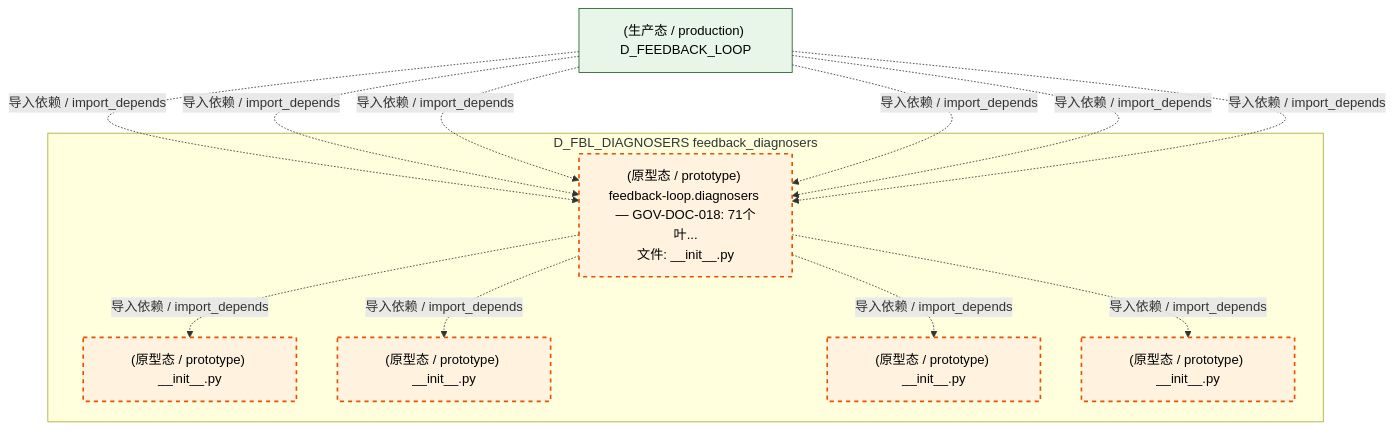
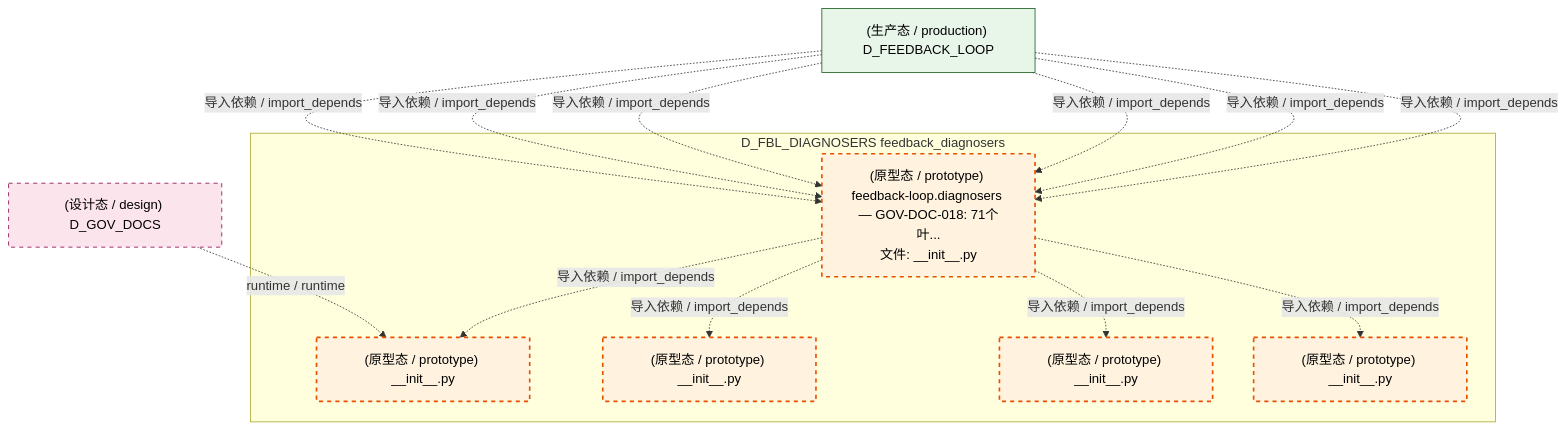
One commit to xuanFelixVan/ZephyrAlpha changed the fifth of 6 diagrams in docs/02_enterprise_architecture/02_domain_architecture_docs/12_d_fbl_diagnosers.md. Above: the diagram before and after it, drawn with Mermaid. The commit also changed other lines of this file and 81 other files, not shown here.

````diff
--- a/docs/02_enterprise_architecture/02_domain_architecture_docs/12_d_fbl_diagnosers.md
+++ b/docs/02_enterprise_architecture/02_domain_architecture_docs/12_d_fbl_diagnosers.md
@@ -371,27 +374,30 @@
 ```mermaid
 graph TD
     subgraph D_FBL_DIAGNOSERS["D_FBL_DIAGNOSERS feedback_diagnosers"]
         src_zephyr_feedback_loop_diagnosers_init_py["(原型态 / prototype) feedback-loop.diagnosers — GOV-DOC-018: 71个叶...<br/>文件: __init__.py"]
         src_zephyr_feedback_loop_diagnosers_cognitive_init_py["(原型态 / prototype) __init__.py"]
         src_zephyr_feedback_loop_diagnosers_diagnosis_init_py["(原型态 / prototype) __init__.py"]
         src_zephyr_feedback_loop_diagnosers_health_init_py["(原型态 / prototype) __init__.py"]
         src_zephyr_feedback_loop_diagnosers_reliability_init_py["(原型态 / prototype) __init__.py"]
     end
     src_zephyr_feedback_loop_diagnosers_init_py -.->|导入依赖 / import_depends| src_zephyr_feedback_loop_diagnosers_cognitive_init_py
     src_zephyr_feedback_loop_diagnosers_init_py -.->|导入依赖 / import_depends| src_zephyr_feedback_loop_diagnosers_diagnosis_init_py
     src_zephyr_feedback_loop_diagnosers_init_py -.->|导入依赖 / import_depends| src_zephyr_feedback_loop_diagnosers_health_init_py
     src_zephyr_feedback_loop_diagnosers_init_py -.->|导入依赖 / import_depends| src_zephyr_feedback_loop_diagnosers_reliability_init_py
+    D_GOV_DOCS["(设计态 / design) D_GOV_DOCS"]
+    D_GOV_DOCS -.->|runtime / runtime| src_zephyr_feedback_loop_diagnosers_cognitive_init_py
     D_FEEDBACK_LOOP["(生产态 / production) D_FEEDBACK_LOOP"]
     D_FEEDBACK_LOOP -.->|导入依赖 / import_depends| src_zephyr_feedback_loop_diagnosers_init_py
     D_FEEDBACK_LOOP -.->|导入依赖 / import_depends| src_zephyr_feedback_loop_diagnosers_init_py
     D_FEEDBACK_LOOP -.->|导入依赖 / import_depends| src_zephyr_feedback_loop_diagnosers_init_py
     D_FEEDBACK_LOOP -.->|导入依赖 / import_depends| src_zephyr_feedback_loop_diagnosers_init_py
     D_FEEDBACK_LOOP -.->|导入依赖 / import_depends| src_zephyr_feedback_loop_diagnosers_init_py
     D_FEEDBACK_LOOP -.->|导入依赖 / import_depends| src_zephyr_feedback_loop_diagnosers_init_py
     classDef production fill:#e1f5fe,stroke:#01579b,stroke-width:2px,color:#000
     classDef design fill:#fff3e0,stroke:#e65100,stroke-width:2px,color:#000,stroke-dasharray: 5 5
     classDef external_prod fill:#e8f5e9,stroke:#1b5e20,stroke-width:1px,color:#000
     classDef external_design fill:#fce4ec,stroke:#880e4f,stroke-width:1px,color:#000,stroke-dasharray: 5 5
     class src_zephyr_feedback_loop_diagnosers_init_py,src_zephyr_feedback_loop_diagnosers_cognitive_init_py,src_zephyr_feedback_loop_diagnosers_diagnosis_init_py,src_zephyr_feedback_loop_diagnosers_health_init_py,src_zephyr_feedback_loop_diagnosers_reliability_init_py design
     class D_FEEDBACK_LOOP external_prod
+    class D_GOV_DOCS external_design
 ```
````
